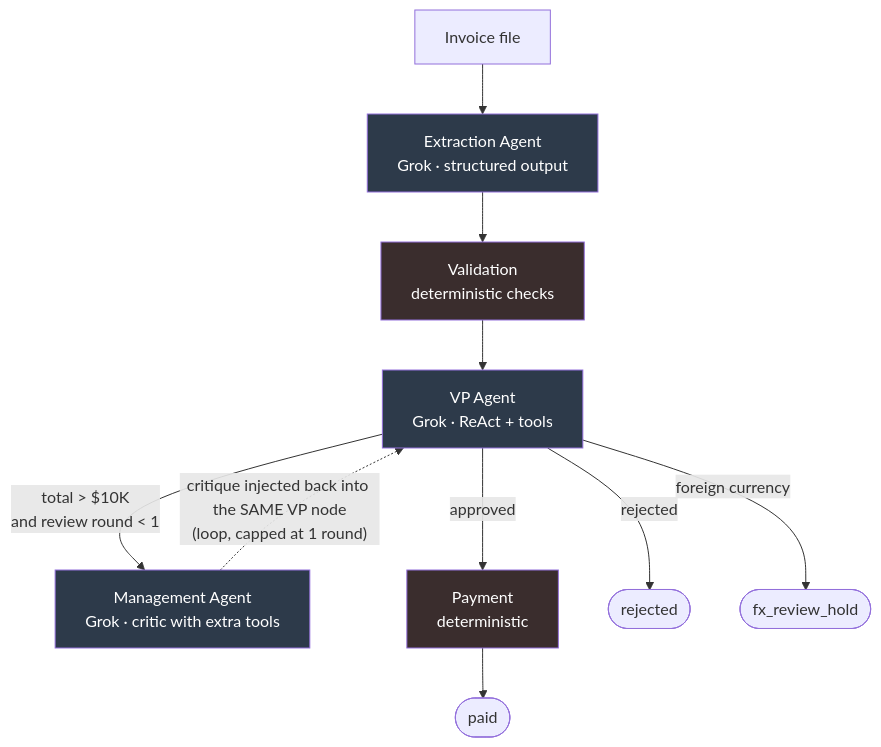
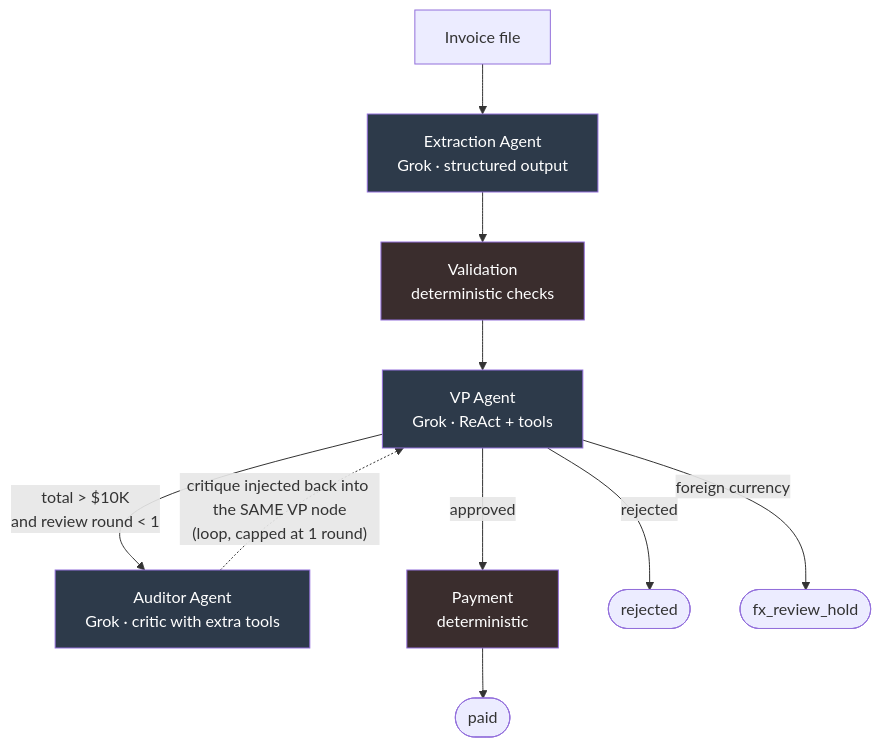
One commit to rohitraju1966/galatiq-case-invoices changed the diagram in README.md. Above: the diagram before and after it, drawn with Mermaid. The commit also changed other lines of this file and 7 other files, not shown here.

Commit message:
chore: rename management agent to auditor agent

````diff
--- a/README.md
+++ b/README.md
@@ -60,20 +60,20 @@
 ```mermaid
 flowchart TD
     A[Invoice file] --> B[Extraction Agent<br/>Grok · structured output]
     B --> C[Validation<br/>deterministic checks]
     C --> D[VP Agent<br/>Grok · ReAct + tools]
 
-    D -->|"total &gt; $10K<br/>and review round &lt; 1"| M[Management Agent<br/>Grok · critic with extra tools]
+    D -->|"total &gt; $10K<br/>and review round &lt; 1"| M[Auditor Agent<br/>Grok · critic with extra tools]
     M -.->|"critique injected back into the SAME VP node<br/>(loop, capped at 1 round)"| D
 
     D -->|approved| P[Payment<br/>deterministic]
     D -->|rejected| E([rejected])
     D -->|foreign currency| H([fx_review_hold])
     P --> F([paid])
 
     style B fill:#2d3a4a,color:#fff
     style D fill:#2d3a4a,color:#fff
     style M fill:#2d3a4a,color:#fff
     style C fill:#3a2d2d,color:#fff
     style P fill:#3a2d2d,color:#fff
 ```
````
